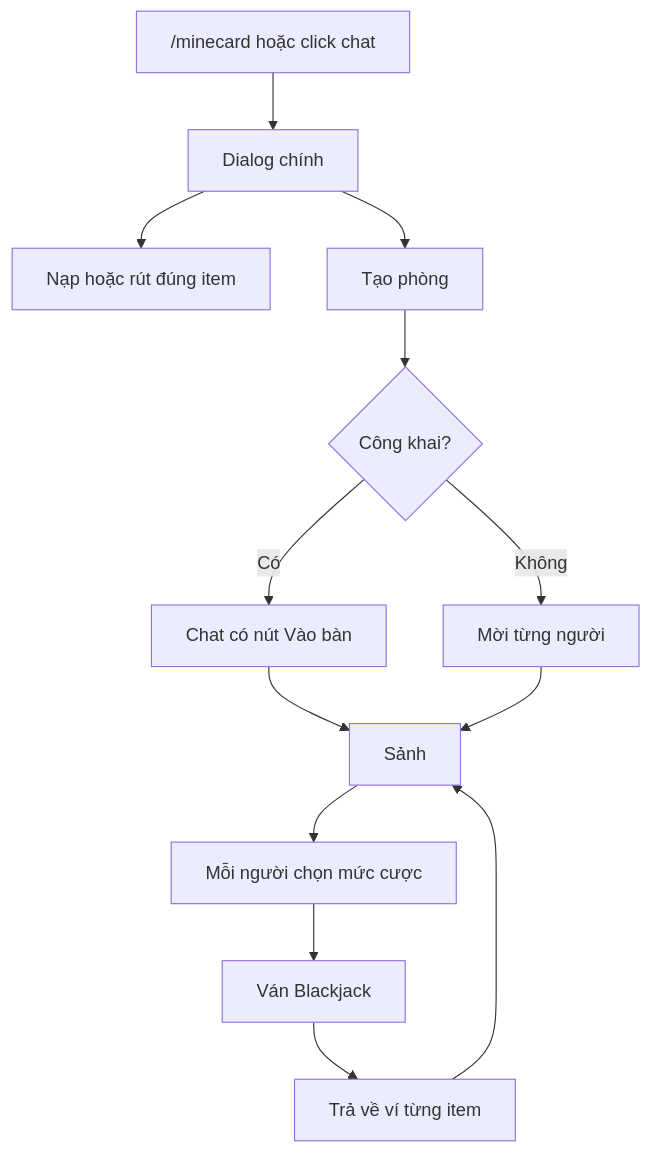
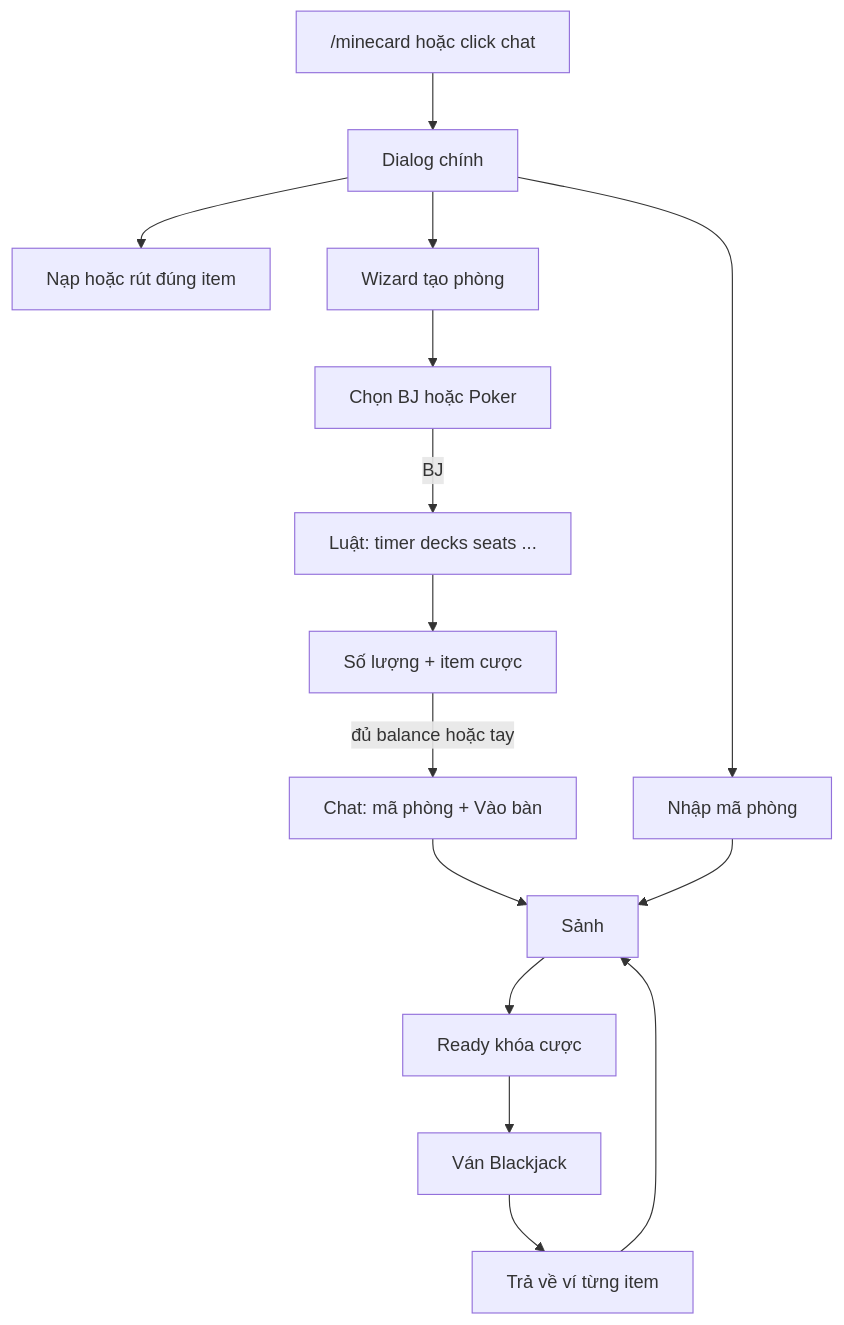
One commit to SpicyPox/minecard changed the diagram in doc/ke-hoach.md. Above: the diagram before and after it, drawn with Mermaid. The commit also changed other lines of this file and 59 other files, not shown here.

First line of the commit message:
Add wallet bank, room wizard, and multiplayer blackjack tables.

````diff
--- a/doc/ke-hoach.md
+++ b/doc/ke-hoach.md
@@ -72,15 +72,17 @@
 ```mermaid
 flowchart TD
   openMenu["/minecard hoặc click chat"] --> mainDialog[Dialog chính]
   mainDialog --> wallet[Nạp hoặc rút đúng item]
-  mainDialog --> createRoom[Tạo phòng]
-  createRoom --> choose{Công khai?}
-  choose -->|Có| chatJoin[Chat có nút Vào bàn]
-  choose -->|Không| invite[Mời từng người]
+  mainDialog --> createRoom[Wizard tạo phòng]
+  createRoom --> pickGame[Chọn BJ hoặc Poker]
+  pickGame -->|BJ| settings[Luật: timer decks seats ...]
+  settings --> stake[Số lượng + item cược]
+  stake -->|đủ balance hoặc tay| chatJoin[Chat: mã phòng + Vào bàn]
   chatJoin --> lobby[Sảnh]
-  invite --> lobby
-  lobby --> bets[Mỗi người chọn mức cược]
+  mainDialog --> joinCode[Nhập mã phòng]
+  joinCode --> lobby
+  lobby --> bets[Ready khóa cược]
   bets --> hand[Ván Blackjack]
   hand --> payout[Trả về ví từng item]
   payout --> lobby
 ```
````
